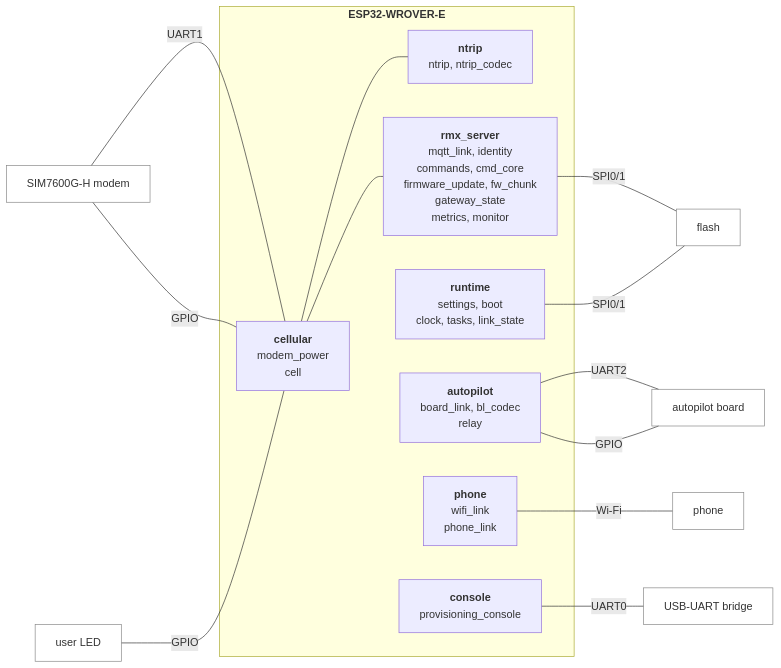
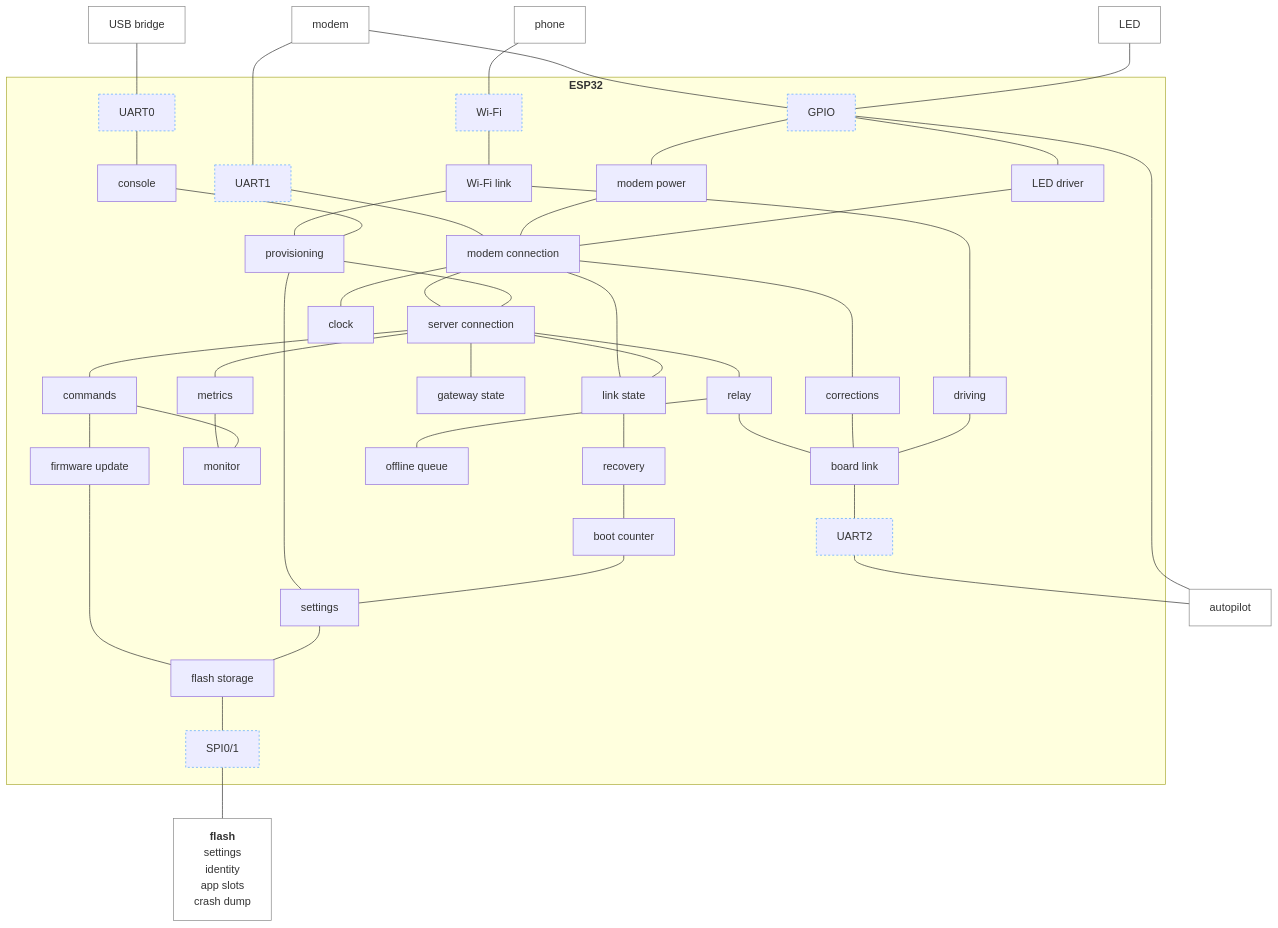
Before and after one commit to rmx-lt/rmx-mower-gateway: the diagram in .esp-architecture/diagrams/block-draft.md, drawn with Mermaid. The commit also changed other lines of this file, not shown here.

Commit message:
Draft: pieces joined by lines

````diff
--- a/.esp-architecture/diagrams/block-draft.md
+++ b/.esp-architecture/diagrams/block-draft.md
@@ -5,35 +5,80 @@
 ```mermaid
-flowchart LR
-  modem["SIM7600G-H modem"]
-  led["user LED"]
-  subgraph cpu["<b>ESP32-WROVER-E</b>"]
-    cellular["<b>cellular</b><br/>modem_power<br/>cell"]
-    ntrip["<b>ntrip</b><br/>ntrip, ntrip_codec"]
-    server["<b>rmx_server</b><br/>mqtt_link, identity<br/>commands, cmd_core<br/>firmware_update, fw_chunk<br/>gateway_state<br/>metrics, monitor"]
-    runtime["<b>runtime</b><br/>settings, boot<br/>clock, tasks, link_state"]
-    autopilot["<b>autopilot</b><br/>board_link, bl_codec<br/>relay"]
-    phone["<b>phone</b><br/>wifi_link<br/>phone_link"]
-    console["<b>console</b><br/>provisioning_console"]
+flowchart TD
+  modem["modem"]
+  led["LED"]
+  ph["phone"]
+  usb["USB bridge"]
+  subgraph cpu["<b>ESP32</b>"]
+    u1["UART1"]
+    gp["GPIO"]
+    wf["Wi-Fi"]
+    u0["UART0"]
+    conn["modem connection"]
+    pwr["modem power"]
+    ledd["LED driver"]
+    wl["Wi-Fi link"]
+    con["console"]
+    ntrip["corrections"]
+    mqtt["server connection"]
+    drive["driving"]
+    prov["provisioning"]
+    cmd["commands"]
+    upd["firmware update"]
+    state["gateway state"]
+    met["metrics"]
+    mon["monitor"]
+    ls["link state"]
+    clk["clock"]
+    rec["recovery"]
+    boot["boot counter"]
+    relay["relay"]
+    q["offline queue"]
+    bl["board link"]
+    set["settings"]
+    fs["flash storage"]
+    u2["UART2"]
+    sp["SPI0/1"]
   end
-  fl["flash"]
-  ap["autopilot board"]
-  ph["phone"]
-  usb["USB-UART bridge"]
-  modem ---|"UART1"| cellular
-  modem ---|"GPIO"| cellular
-  led ---|"GPIO"| cellular
-  cellular --- server
-  cellular --- ntrip
-  cellular ~~~ runtime
-  cellular ~~~ autopilot
-  cellular ~~~ phone
-  cellular ~~~ console
-  server ---|"SPI0/1"| fl
-  runtime ---|"SPI0/1"| fl
-  autopilot ---|"UART2"| ap
-  autopilot ---|"GPIO"| ap
-  phone ---|"Wi-Fi"| ph
-  console ---|"UART0"| usb
+  ap["autopilot"]
+  fl["<b>flash</b><br/>settings<br/>identity<br/>app slots<br/>crash dump"]
+  modem --- u1 --- conn
+  modem --- gp
+  led --- gp
+  gp --- pwr --- conn
+  gp --- ledd --- conn
+  ph --- wf --- wl
+  usb --- u0 --- con
+  wl --- drive
+  wl --- prov
+  con --- prov
+  conn --- mqtt
+  conn --- ntrip
+  conn --- clk
+  conn --- ls
+  mqtt --- ls
+  mqtt --- cmd
+  mqtt --- state
+  mqtt --- met
+  mqtt --- relay
+  met --- mon
+  cmd --- mon
+  cmd --- upd
+  prov --- mqtt
+  prov --- set
+  ls --- rec
+  rec --- boot
+  boot --- set
+  relay --- q
+  relay --- bl
+  ntrip --- bl
+  drive --- bl
+  upd --- fs
+  set --- fs
+  fs --- sp --- fl
+  bl --- u2 --- ap
+  gp --- ap
+  classDef bus stroke:#58a6ff,stroke-dasharray:3 3
+  class u1,gp,u2,wf,u0,sp bus
   classDef device fill:none,stroke:#888
   class modem,led,ap,ph,usb,fl device
 ```
````
